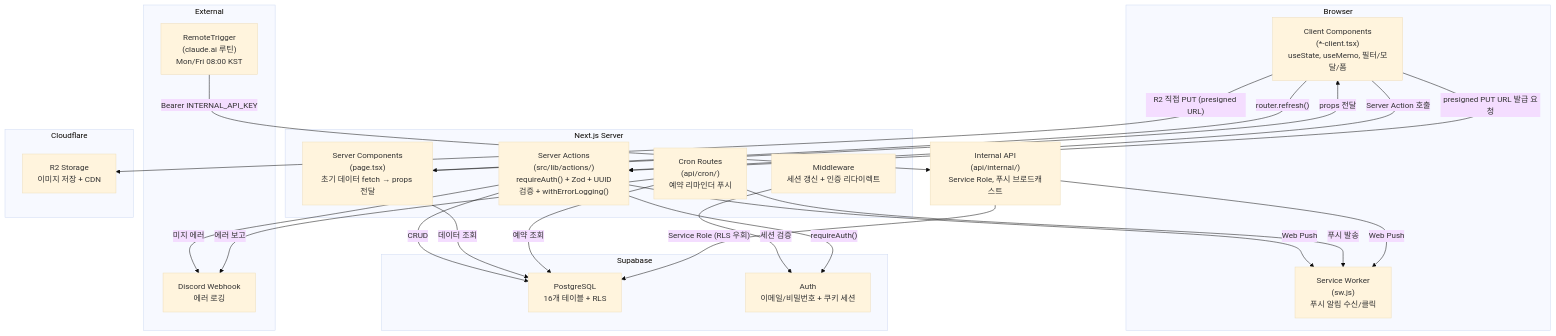
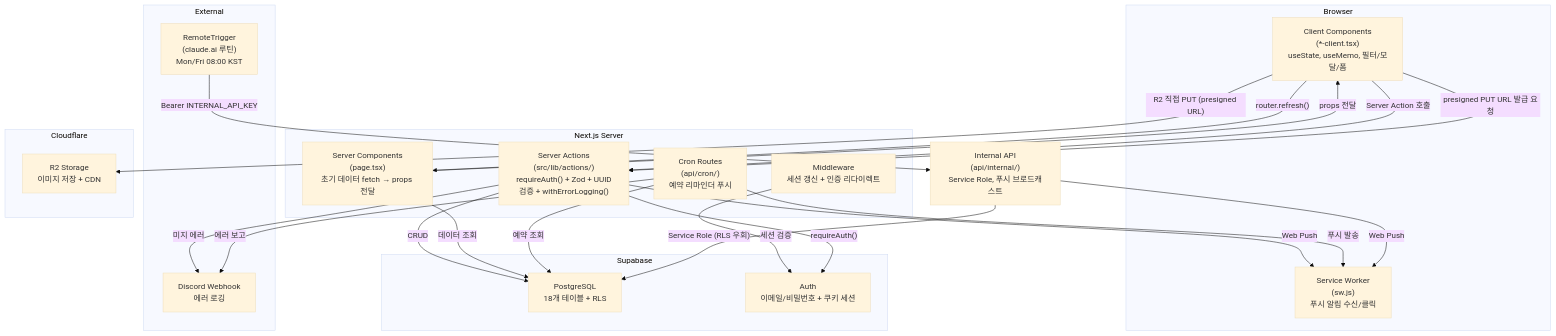
One commit to flori-ai-kr/web changed the first of 4 diagrams in docs/ARCHITECTURE.md. Above: the diagram before and after it, drawn with Mermaid (base theme). The commit also changed other lines of this file and 6 other files, not shown here.

````diff
--- a/docs/ARCHITECTURE.md
+++ b/docs/ARCHITECTURE.md
@@ -11,46 +11,46 @@
 ```mermaid
 graph TB
     subgraph Browser
         CC["Client Components<br/>(*-client.tsx)<br/>useState, useMemo, 필터/모달/폼"]
         SW["Service Worker<br/>(sw.js)<br/>푸시 알림 수신/클릭"]
     end
 
     subgraph NextServer["Next.js Server"]
         MW["Middleware<br/>세션 갱신 + 인증 리다이렉트"]
         SC["Server Components<br/>(page.tsx)<br/>초기 데이터 fetch → props 전달"]
         SA["Server Actions<br/>(src/lib/actions/)<br/>requireAuth() + Zod + UUID검증 + withErrorLogging()"]
         CR["Cron Routes<br/>(api/cron/)<br/>예약 리마인더 푸시"]
     end
 
     subgraph External
         DC["Discord Webhook<br/>에러 로깅"]
         RT["RemoteTrigger<br/>(claude.ai 루틴)<br/>Mon/Fri 08:00 KST"]
     end
 
     subgraph Supabase
-        PG["PostgreSQL<br/>16개 테이블 + RLS"]
+        PG["PostgreSQL<br/>18개 테이블 + RLS"]
         AU["Auth<br/>이메일/비밀번호 + 쿠키 세션"]
     end
 
     subgraph Cloudflare
         R2["R2 Storage<br/>이미지 저장 + CDN"]
     end
 
     CC -->|"Server Action 호출"| SA
     CC -->|"presigned PUT URL 발급 요청"| SA
     CC -->|"R2 직접 PUT (presigned URL)"| R2
     CC -->|"router.refresh()"| SC
     SC -->|"props 전달"| CC
     MW -->|"세션 검증"| AU
     SA -->|"requireAuth()"| AU
     SA -->|"CRUD"| PG
     SA -->|"미지 에러"| DC
     SA -->|"Web Push"| SW
     SC -->|"데이터 조회"| PG
     CR -->|"예약 조회"| PG
     CR -->|"푸시 발송"| SW
     CR -->|"에러 보고"| DC
     RT -->|"Bearer INTERNAL_API_KEY"| IA["Internal API<br/>(api/internal/)<br/>Service Role, 푸시 브로드캐스트"]
     IA -->|"Service Role (RLS 우회)"| PG
     IA -->|"Web Push"| SW
 ```
````
